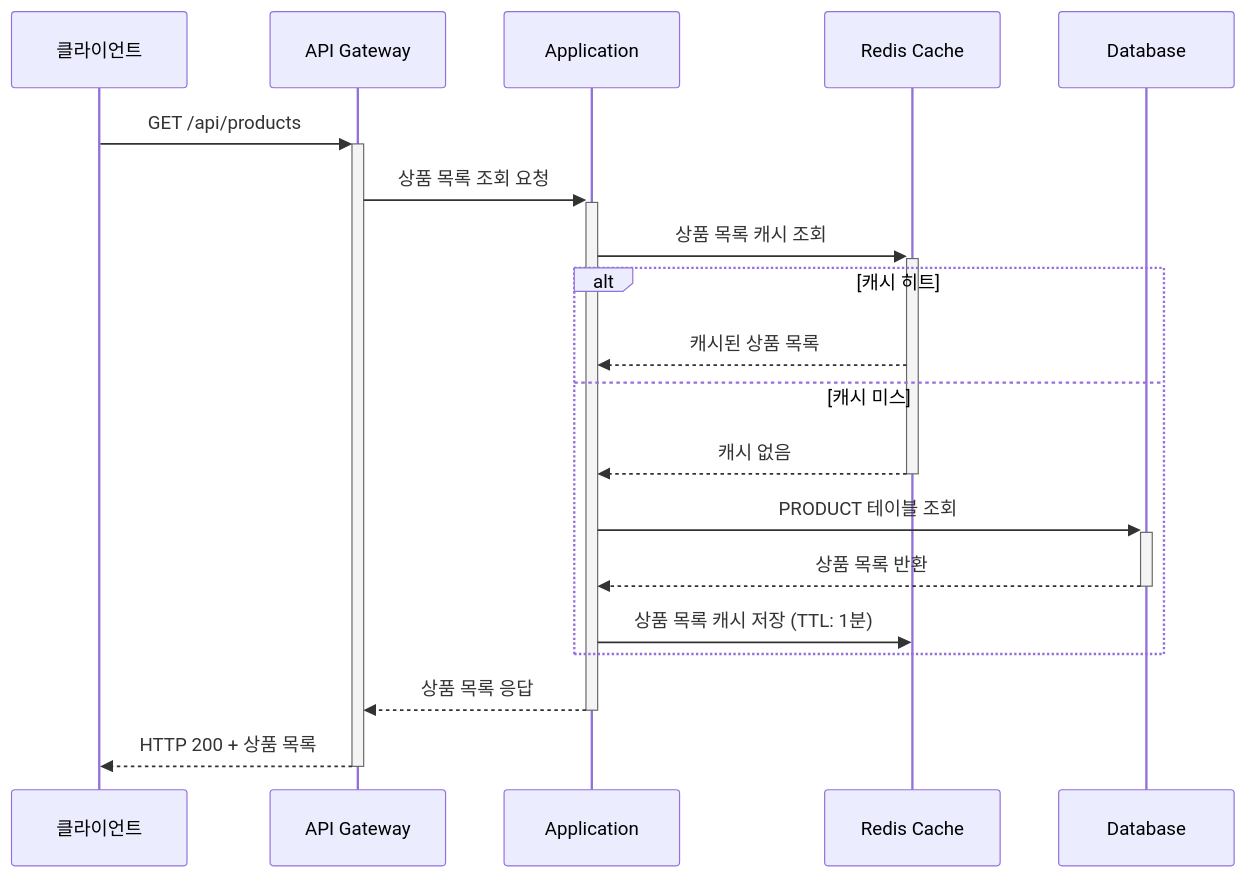
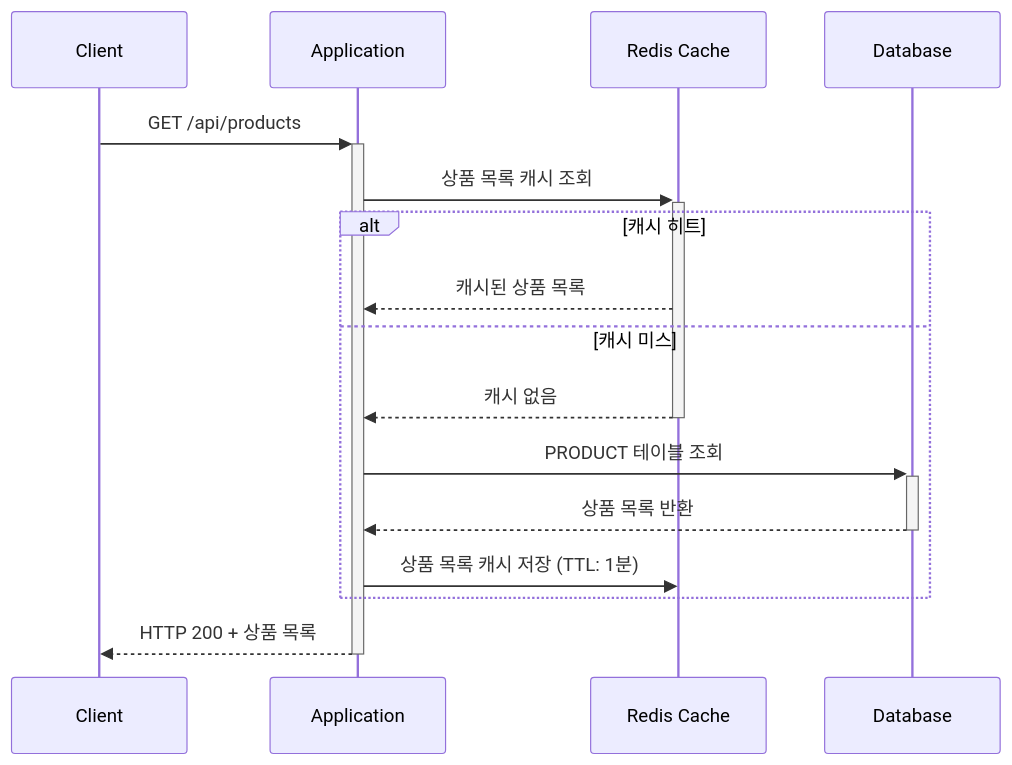
One commit to yuni02/hhplus-ecommerce changed the third of 11 diagrams in docs/sequence_diagram.md. Above: the diagram before and after it, drawn with Mermaid. The commit also changed other lines of this file, not shown here.

First line of the commit message:
fix: sequence 다이어그램 수정

````diff
--- a/docs/sequence_diagram.md
+++ b/docs/sequence_diagram.md
@@ -57,25 +45,21 @@
 ```mermaid
 sequenceDiagram
-    participant Client as 클라이언트
-    participant API as API Gateway
+    participant Client as Client
     participant App as Application
-    participant Redis as Redis Cache
+    participant Cache as Redis Cache
     participant DB as Database
 
-    Client->>+API: GET /api/products
-    API->>+App: 상품 목록 조회 요청
-
-    App->>+Redis: 상품 목록 캐시 조회
+    Client->>+App: GET /api/products
+    App->>+Cache: 상품 목록 캐시 조회
 
     alt 캐시 히트
-        Redis-->>App: 캐시된 상품 목록
+        Cache-->>App: 캐시된 상품 목록
     else 캐시 미스
-        Redis-->>-App: 캐시 없음
+        Cache-->>-App: 캐시 없음
         App->>+DB: PRODUCT 테이블 조회
         DB-->>-App: 상품 목록 반환
-        App->>Redis: 상품 목록 캐시 저장 (TTL: 1분)
+        App->>Cache: 상품 목록 캐시 저장 (TTL: 1분)
     end
 
-    App-->>-API: 상품 목록 응답
-    API-->>-Client: HTTP 200 + 상품 목록
+    App-->>-Client: HTTP 200 + 상품 목록
 ```
````
